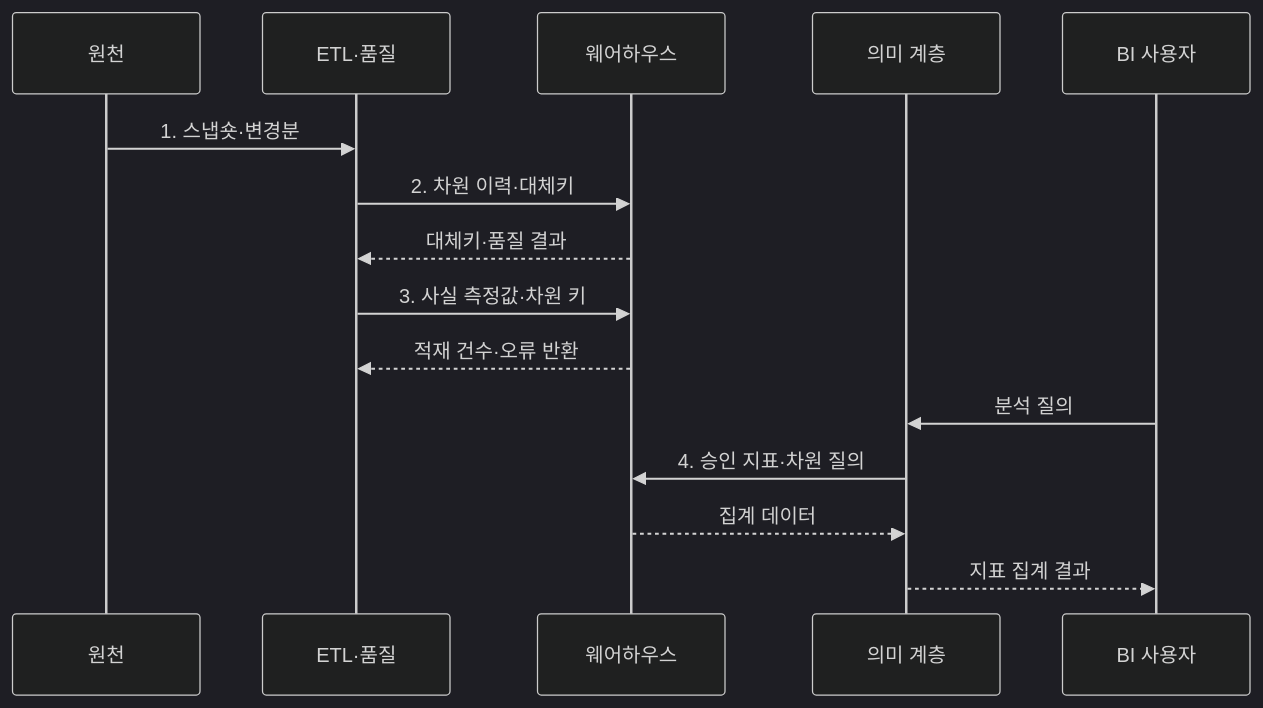
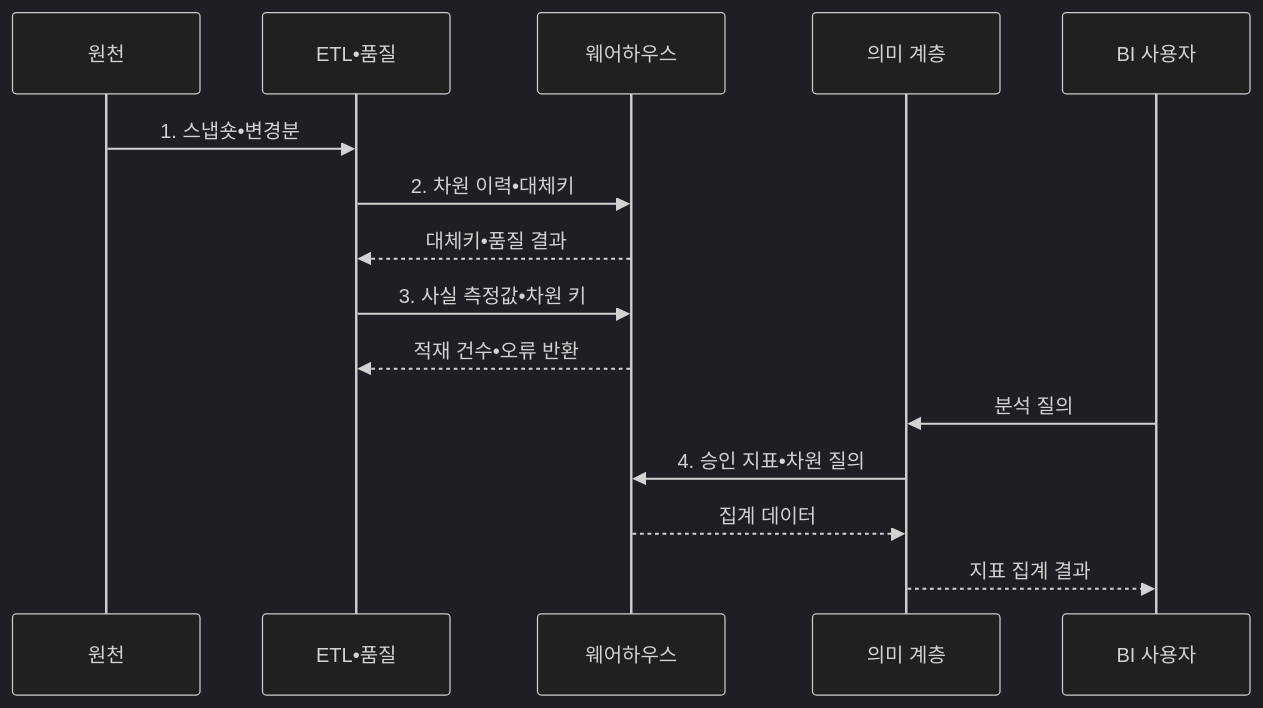
The second of 2 diagrams in src/content/docs/notes/03-software/124_data_warehouse.md (agnusdei1207/knowledge-base), drawn with Mermaid (dark theme) before and after one commit. The commit also changed other lines of this file and 953 other files, not shown here.

````diff
--- a/src/content/docs/notes/03-software/124_data_warehouse.md
+++ b/src/content/docs/notes/03-software/124_data_warehouse.md
@@ -112,17 +112,17 @@
 ```mermaid
 sequenceDiagram
     participant S as 원천
-    participant E as ETL·품질
+    participant E as ETL•품질
     participant W as 웨어하우스
     participant M as 의미 계층
     participant B as BI 사용자
-    S->>E: 1. 스냅숏·변경분
-    E->>W: 2. 차원 이력·대체키
-    W-->>E: 대체키·품질 결과
-    E->>W: 3. 사실 측정값·차원 키
-    W-->>E: 적재 건수·오류 반환
+    S->>E: 1. 스냅숏•변경분
+    E->>W: 2. 차원 이력•대체키
+    W-->>E: 대체키•품질 결과
+    E->>W: 3. 사실 측정값•차원 키
+    W-->>E: 적재 건수•오류 반환
     B->>M: 분석 질의
-    M->>W: 4. 승인 지표·차원 질의
+    M->>W: 4. 승인 지표•차원 질의
     W-->>M: 집계 데이터
     M-->>B: 지표 집계 결과
 ```
````
